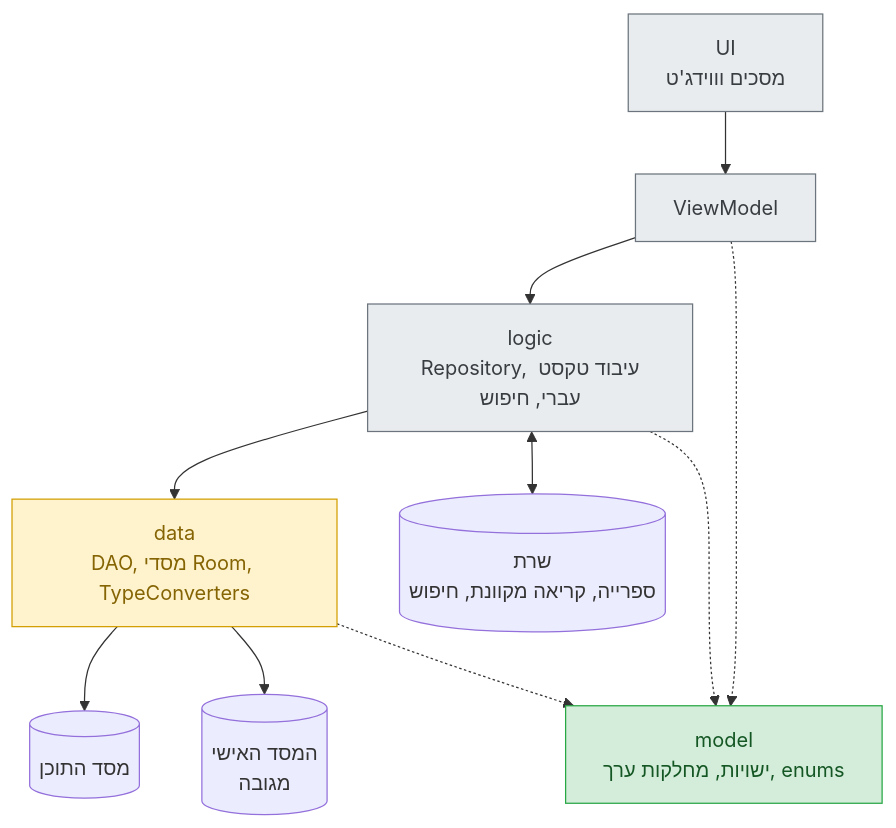
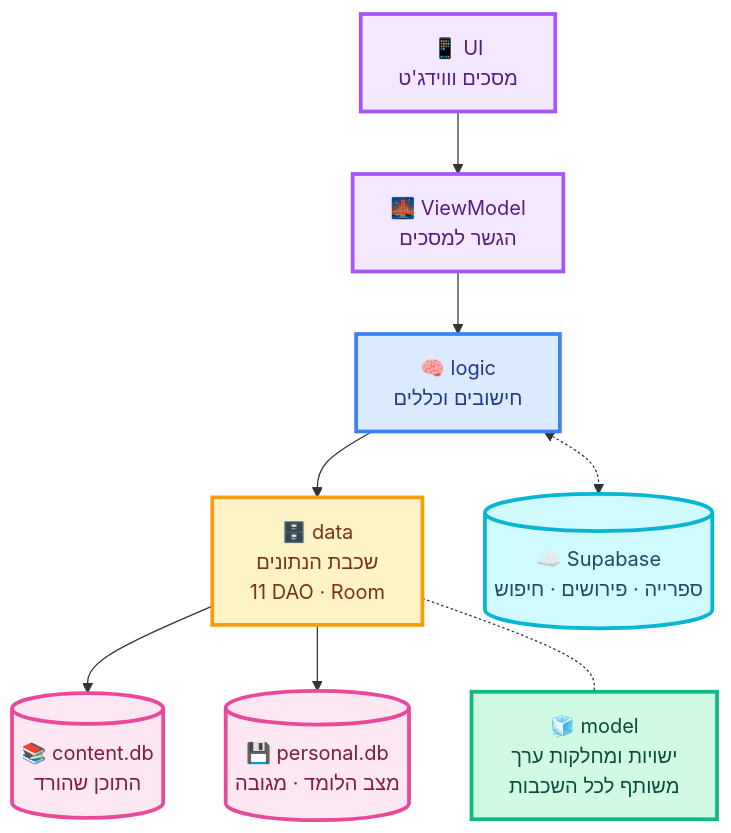
One commit to codeformegpt-dev/Itim changed the first of 3 diagrams in README.md. Above: the diagram before and after it, drawn with Mermaid. The commit also changed other lines of this file and 5 other files, not shown here.

````diff
--- a/README.md
+++ b/README.md
@@ -51,26 +166,24 @@
 ```mermaid
 flowchart TD
-    UI["UI<br/>מסכים וווידג'ט"]
-    VM["ViewModel"]
-    LOGIC["logic<br/>Repository, עיבוד טקסט עברי, חיפוש"]
-    DATA["data<br/>DAO, מסדי Room, TypeConverters"]
-    MODEL["model<br/>ישויות, מחלקות ערך, enums"]
-    CONTENT[("מסד התוכן")]
-    PERSONAL[("המסד האישי<br/>מגובה")]
-    SERVER[("שרת<br/>ספרייה, קריאה מקוונת, חיפוש")]
+    UI["📱 UI<br/>מסכים וווידג'ט"]:::planned
+    VM["🌉 ViewModel<br/>הגשר למסכים"]:::planned
+    LOGIC["🧠 logic<br/>חישובים וכללים"]:::next
+    DATA["🗄️ data<br/>שכבת הנתונים<br/>11 DAO · Room"]:::wip
+    MODEL["🧊 model<br/>ישויות ומחלקות ערך<br/>משותף לכל השכבות"]:::done
+    CONTENT[("📚 content.db<br/>התוכן שהורד")]:::db
+    PERSONAL[("💾 personal.db<br/>מצב הלומד · מגובה")]:::db
+    SERVER[("☁️ Supabase<br/>ספרייה · פירושים · חיפוש")]:::cloud
 
     UI --> VM --> LOGIC --> DATA
-    LOGIC <--> SERVER
+    LOGIC <-.-> SERVER
     DATA --> CONTENT
     DATA --> PERSONAL
-    DATA -.-> MODEL
-    LOGIC -.-> MODEL
-    VM -.-> MODEL
+    DATA -.- MODEL
 
-    classDef done fill:#d4edda,stroke:#28a745,color:#155724
-    classDef wip fill:#fff3cd,stroke:#d39e00,color:#856404
-    classDef planned fill:#e9ecef,stroke:#6c757d,color:#383d41
-    class MODEL done
-    class DATA wip
-    class UI,VM,LOGIC planned
+    classDef done fill:#d1fae5,stroke:#10b981,stroke-width:3px,color:#064e3b
+    classDef wip fill:#fef3c7,stroke:#f59e0b,stroke-width:3px,color:#78350f
+    classDef next fill:#dbeafe,stroke:#3b82f6,stroke-width:3px,color:#1e3a8a
+    classDef planned fill:#f3e8ff,stroke:#a855f7,stroke-width:3px,color:#581c87
+    classDef db fill:#fce7f3,stroke:#ec4899,stroke-width:3px,color:#831843
+    classDef cloud fill:#cffafe,stroke:#06b6d4,stroke-width:3px,color:#164e63
 ```
````
